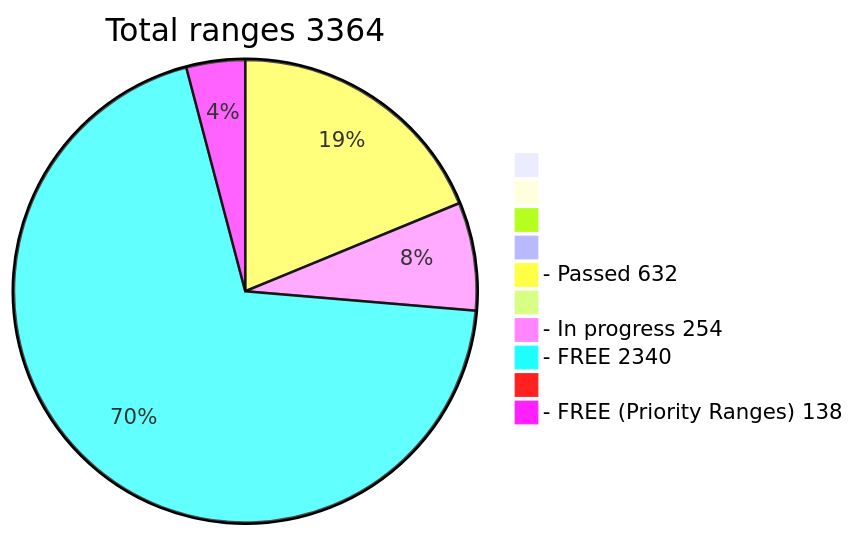
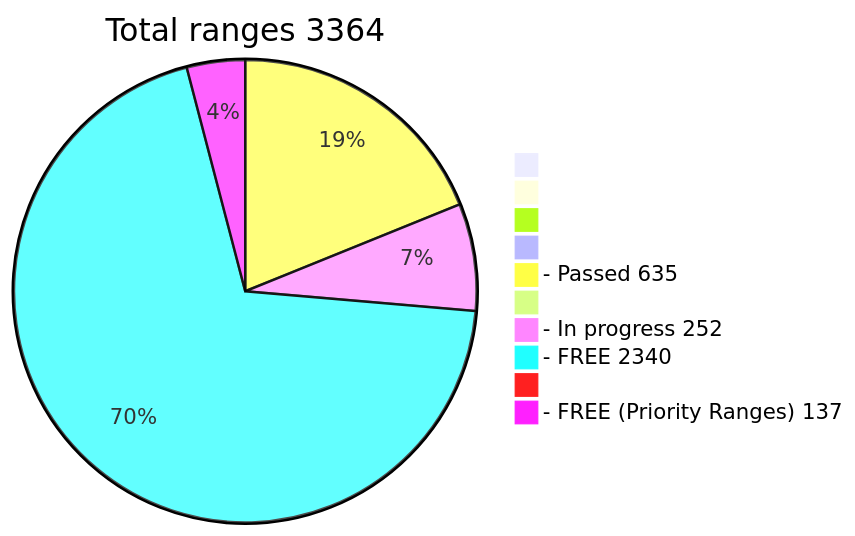
The diagram in README.md (phrutis/wif500), drawn with Mermaid before and after one commit.

````diff
--- a/README.md
+++ b/README.md
@@ -16,13 +16,13 @@
 ```mermaid
 pie title Total ranges 3364
              " " : 0
             "  " : 0
            "   " : 0
           "    " : 0
-  "- Passed 632" : 632
+  "- Passed 635" : 635
          "     " : 0
-  "- In progress 254" : 254
+  "- In progress 252" : 252
    "- FREE 2340" : 2340
         "      " : 0
-  "- FREE (Priority Ranges) 138" : 138
+  "- FREE (Priority Ranges) 137" : 137
 ```
````
